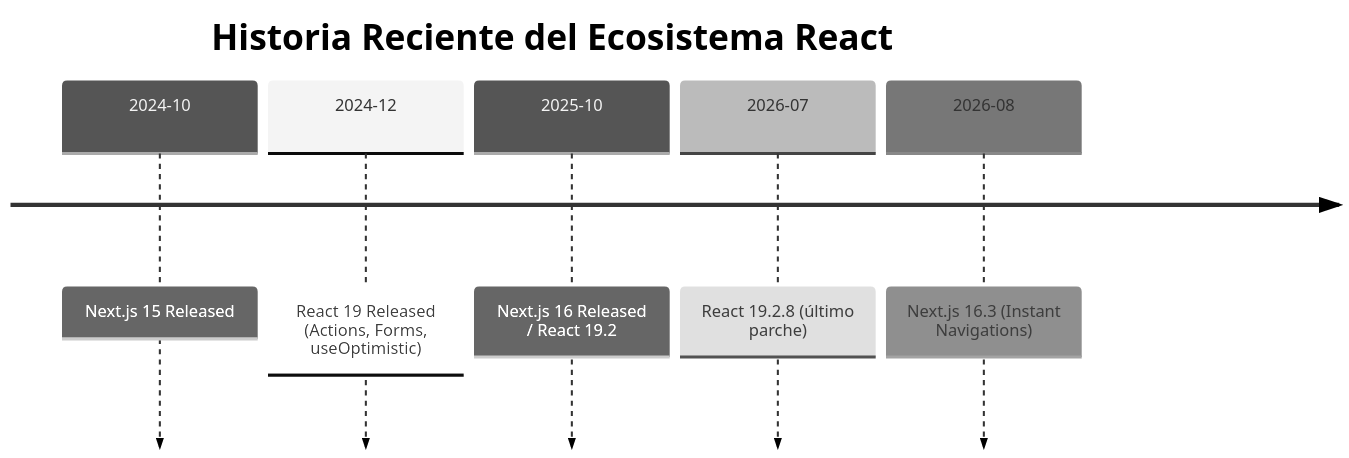
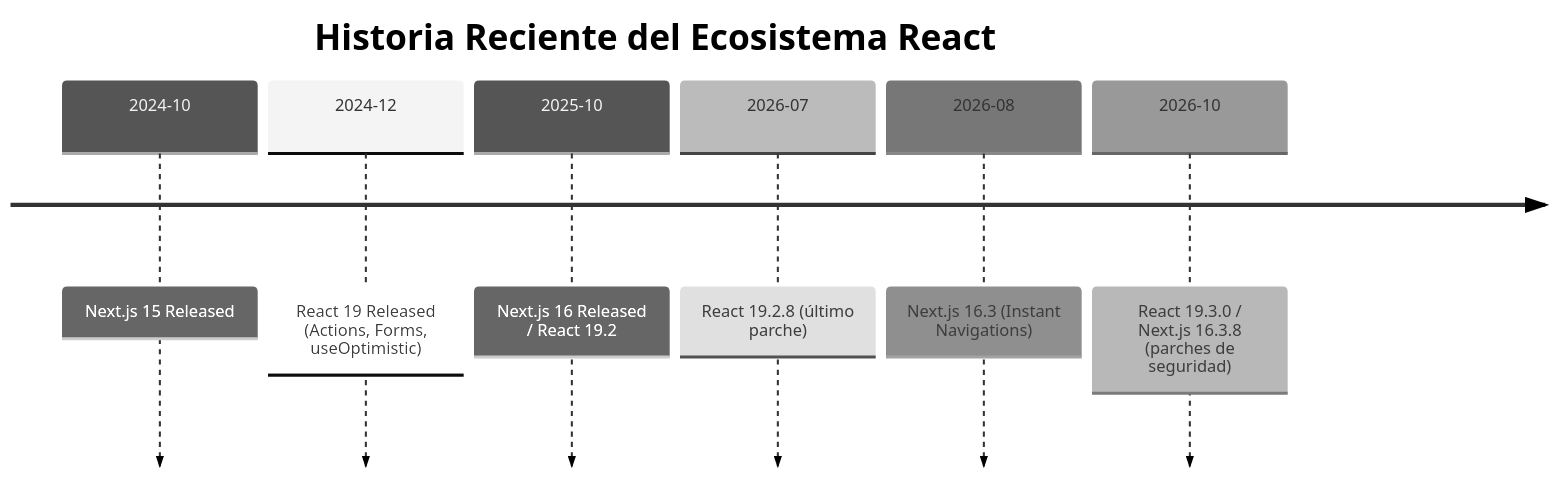
The diagram in README.md (isidromerayo/TFG_UNIR-react), drawn with Mermaid (neutral theme) before and after one commit. The commit also changed other lines of this file and 4 other files, not shown here.

````diff
--- a/README.md
+++ b/README.md
@@ -54,9 +54,10 @@
 ```mermaid
 timeline
     title Historia Reciente del Ecosistema React
     2024-10 : Next.js 15 Released
     2024-12 : React 19 Released (Actions, Forms, useOptimistic)
     2025-10 : Next.js 16 Released / React 19.2
     2026-07 : React 19.2.8 (último parche)
     2026-08 : Next.js 16.3 (Instant Navigations)
+    2026-10 : React 19.3.0 / Next.js 16.3.8 (parches de seguridad)
 ```
````
